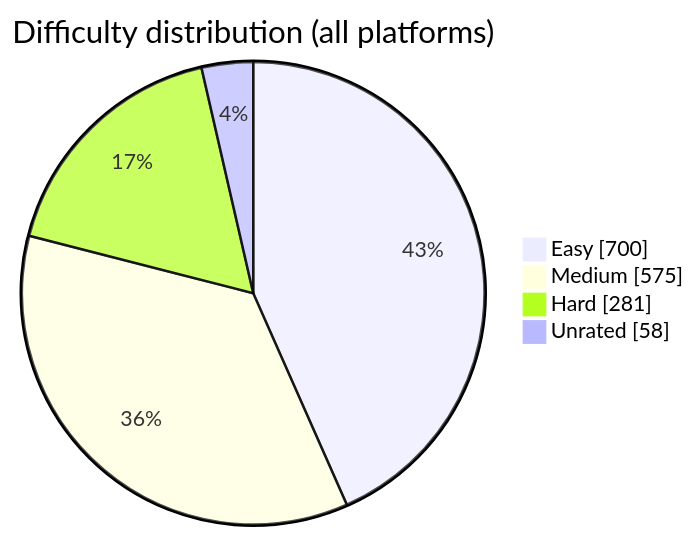
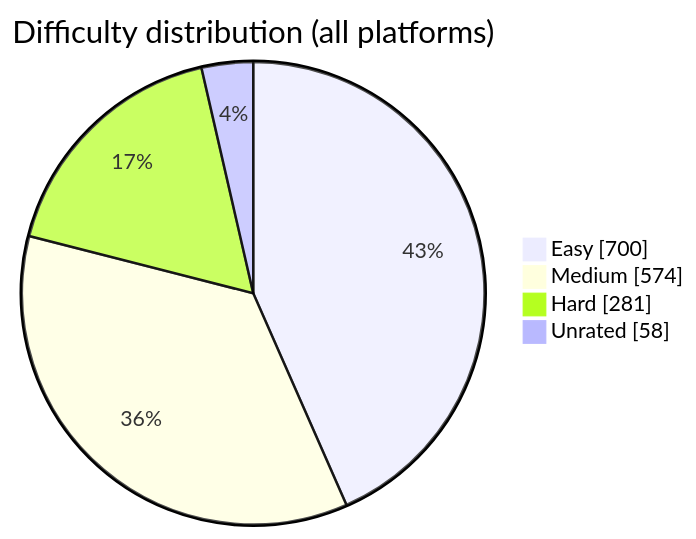
One commit to BuildbyArindam/Daily-Coding-Log changed the diagram in README.md. Above: the diagram before and after it, drawn with Mermaid. The commit also changed other lines of this file, not shown here.

````diff
--- a/README.md
+++ b/README.md
@@ -93,7 +93,7 @@
 ```mermaid
 pie showData title Difficulty distribution (all platforms)
     "Easy" : 700
-    "Medium" : 575
+    "Medium" : 574
     "Hard" : 281
     "Unrated" : 58
 ```
````
